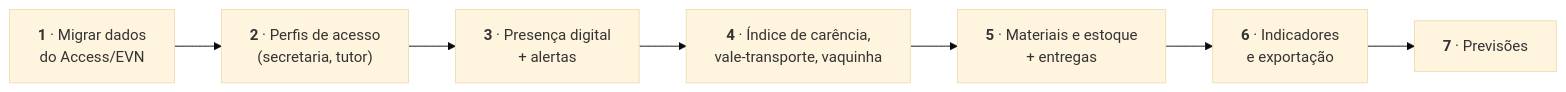
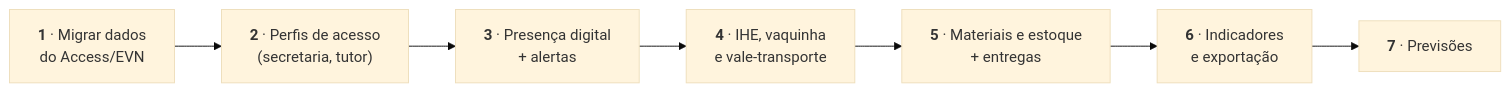
The second of 2 diagrams in docs/negocio/situacao-do-sistema.md (projeto-resgate/projetoresgate-api), drawn with Mermaid (base theme) before and after one commit. The commit also changed other lines of this file and 22 other files, not shown here.

````diff
--- a/docs/negocio/situacao-do-sistema.md
+++ b/docs/negocio/situacao-do-sistema.md
@@ -89,9 +94,9 @@
 ```mermaid
 flowchart LR
     A["<b>1</b> · Migrar dados<br/>do Access/EVN"] --> B["<b>2</b> · Perfis de acesso<br/>(secretaria, tutor)"]
     B --> C["<b>3</b> · Presença digital<br/>+ alertas"]
-    C --> D["<b>4</b> · Índice de carência,<br/>vale-transporte, vaquinha"]
+    C --> D["<b>4</b> · IHE, vaquinha<br/>e vale-transporte"]
     D --> E["<b>5</b> · Materiais e estoque<br/>+ entregas"]
     E --> F["<b>6</b> · Indicadores<br/>e exportação"]
     F --> G["<b>7</b> · Previsões"]
 ```
````
